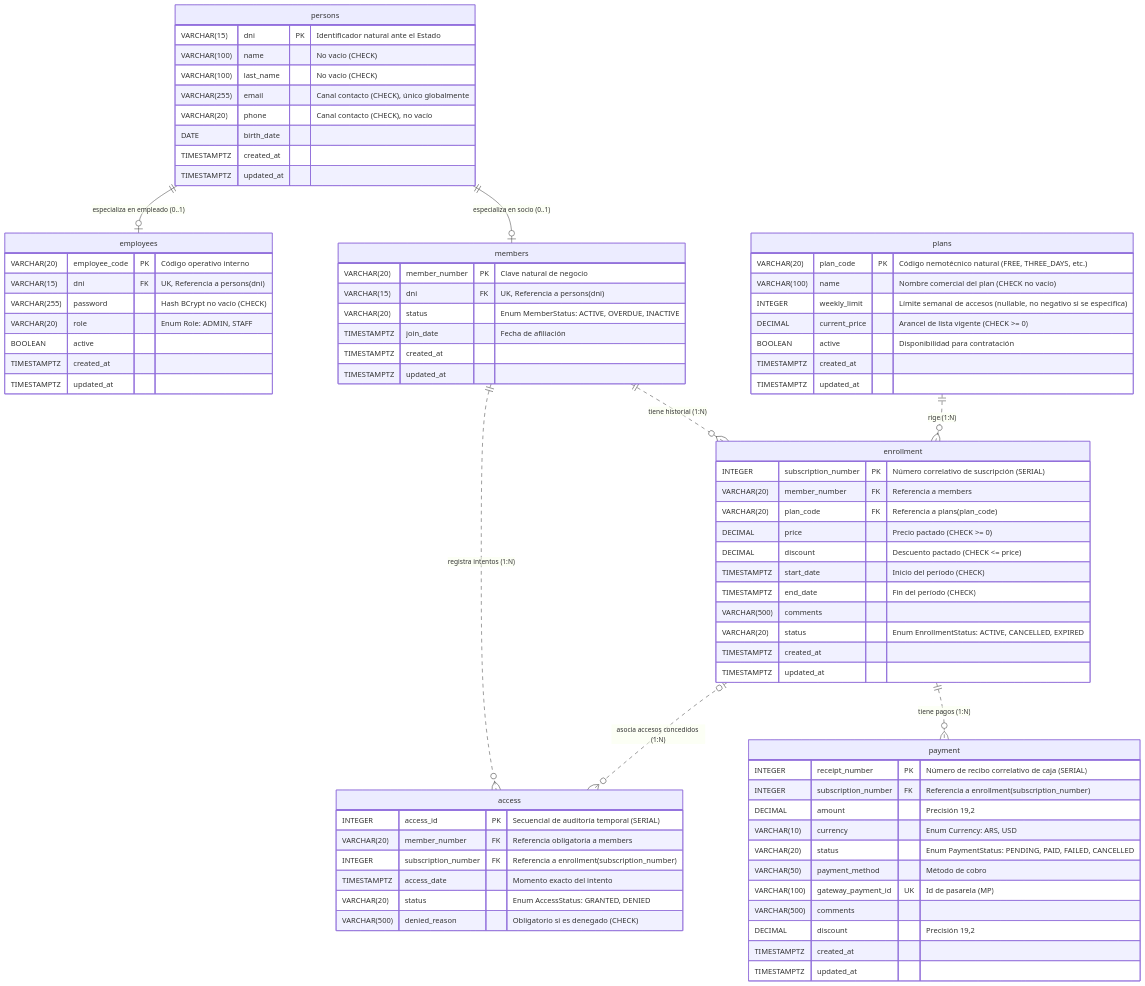
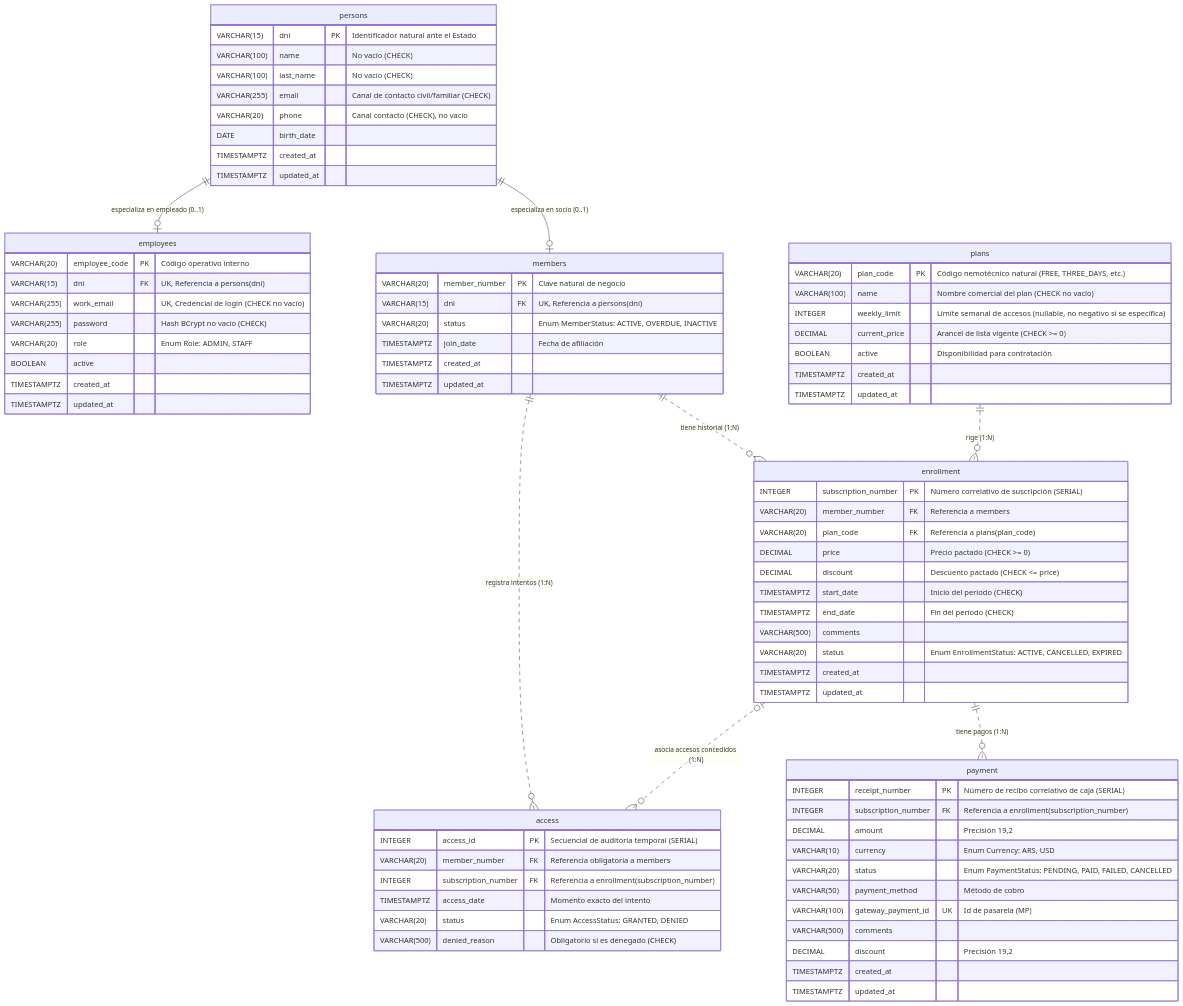
One commit to santiagovOK/TFI_grupo144 changed the second of 2 diagrams in docs/entidades.md. Above: the diagram before and after it, drawn with Mermaid. The commit also changed other lines of this file and 5 other files, not shown here.

First line of the commit message:
refactor(domain): segregate contact email and employee login credentials

````diff
--- a/docs/entidades.md
+++ b/docs/entidades.md
@@ -99,80 +100,81 @@
 ```mermaid
 erDiagram
     persons {
         VARCHAR(15) dni PK "Identificador natural ante el Estado"
         VARCHAR(100) name "No vacío (CHECK)"
         VARCHAR(100) last_name "No vacío (CHECK)"
-        VARCHAR(255) email "Canal contacto (CHECK), único globalmente"
+        VARCHAR(255) email "Canal de contacto civil/familiar (CHECK)"
         VARCHAR(20) phone "Canal contacto (CHECK), no vacío"
         DATE birth_date
         TIMESTAMPTZ created_at
         TIMESTAMPTZ updated_at
     }
     members {
         VARCHAR(20) member_number PK "Clave natural de negocio"
         VARCHAR(15) dni FK "UK, Referencia a persons(dni)"
         VARCHAR(20) status "Enum MemberStatus: ACTIVE, OVERDUE, INACTIVE"
         TIMESTAMPTZ join_date "Fecha de afiliación"
         TIMESTAMPTZ created_at
         TIMESTAMPTZ updated_at
     }
     employees {
         VARCHAR(20) employee_code PK "Código operativo interno"
         VARCHAR(15) dni FK "UK, Referencia a persons(dni)"
+        VARCHAR(255) work_email "UK, Credencial de login (CHECK no vacío)"
         VARCHAR(255) password "Hash BCrypt no vacío (CHECK)"
         VARCHAR(20) role "Enum Role: ADMIN, STAFF"
         BOOLEAN active
         TIMESTAMPTZ created_at
         TIMESTAMPTZ updated_at
     }
     plans {
         VARCHAR(20) plan_code PK "Código nemotécnico natural (FREE, THREE_DAYS, etc.)"
         VARCHAR(100) name "Nombre comercial del plan (CHECK no vacío)"
         INTEGER weekly_limit "Límite semanal de accesos (nullable, no negativo si se especifica)"
         DECIMAL current_price "Arancel de lista vigente (CHECK >= 0)"
         BOOLEAN active "Disponibilidad para contratación"
         TIMESTAMPTZ created_at
         TIMESTAMPTZ updated_at
     }
     enrollment {
         INTEGER subscription_number PK "Número correlativo de suscripción (SERIAL)"
         VARCHAR(20) member_number FK "Referencia a members"
         VARCHAR(20) plan_code FK "Referencia a plans(plan_code)"
         DECIMAL price "Precio pactado (CHECK >= 0)"
         DECIMAL discount "Descuento pactado (CHECK <= price)"
         TIMESTAMPTZ start_date "Inicio del período (CHECK)"
         TIMESTAMPTZ end_date "Fin del período (CHECK)"
         VARCHAR(500) comments
         VARCHAR(20) status "Enum EnrollmentStatus: ACTIVE, CANCELLED, EXPIRED"
         TIMESTAMPTZ created_at
         TIMESTAMPTZ updated_at
     }
     payment {
         INTEGER receipt_number PK "Número de recibo correlativo de caja (SERIAL)"
         INTEGER subscription_number FK "Referencia a enrollment(subscription_number)"
         DECIMAL amount "Precisión 19,2"
         VARCHAR(10) currency "Enum Currency: ARS, USD"
         VARCHAR(20) status "Enum PaymentStatus: PENDING, PAID, FAILED, CANCELLED"
         VARCHAR(50) payment_method "Método de cobro"
         VARCHAR(100) gateway_payment_id UK "Id de pasarela (MP)"
         VARCHAR(500) comments
         DECIMAL discount "Precisión 19,2"
         TIMESTAMPTZ created_at
         TIMESTAMPTZ updated_at
     }
     access {
         INTEGER access_id PK "Secuencial de auditoría temporal (SERIAL)"
         VARCHAR(20) member_number FK "Referencia obligatoria a members"
         INTEGER subscription_number FK "Referencia a enrollment(subscription_number)"
         TIMESTAMPTZ access_date "Momento exacto del intento"
         VARCHAR(20) status "Enum AccessStatus: GRANTED, DENIED"
         VARCHAR(500) denied_reason "Obligatorio si es denegado (CHECK)"
     }
     persons ||--|o members : "especializa en socio (0..1)"
     persons ||--|o employees : "especializa en empleado (0..1)"
     plans ||..o{ enrollment : "rige (1:N)"
     members ||..o{ enrollment : "tiene historial (1:N)"
     members ||..o{ access : "registra intentos (1:N)"
     enrollment ||..o{ payment : "tiene pagos (1:N)"
     enrollment |o..o{ access : "asocia accesos concedidos (1:N)"
 ```
````
